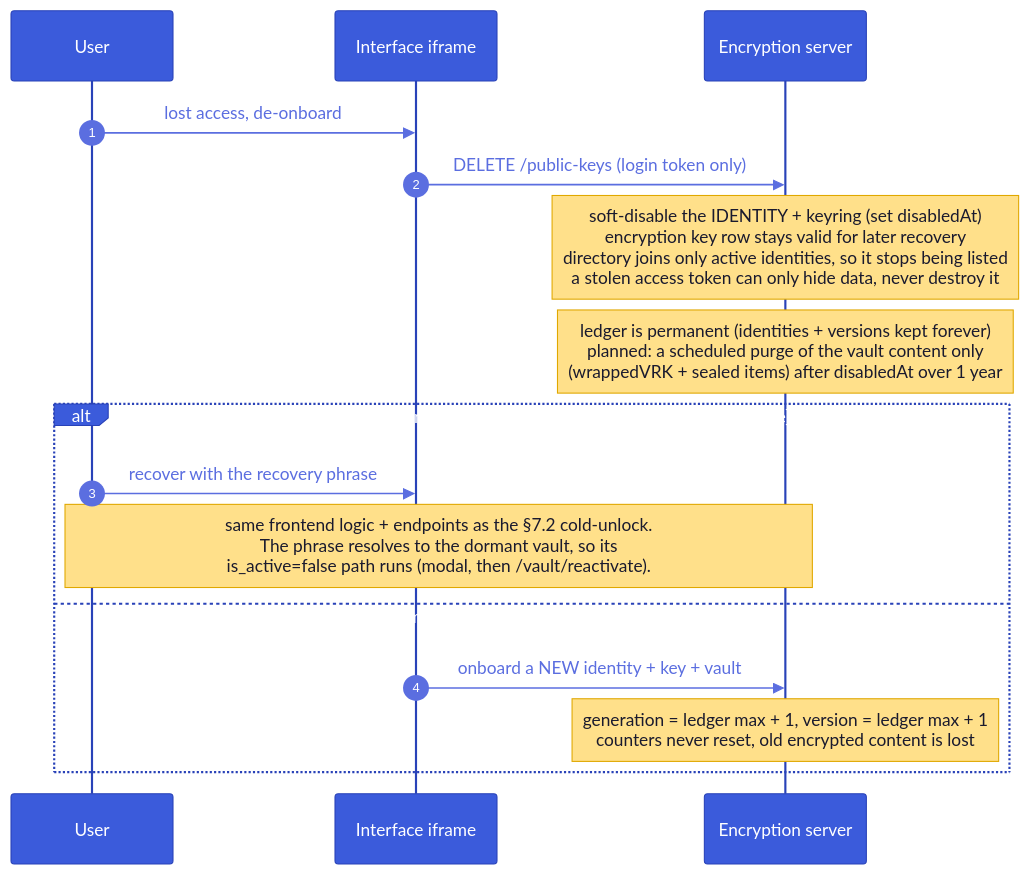
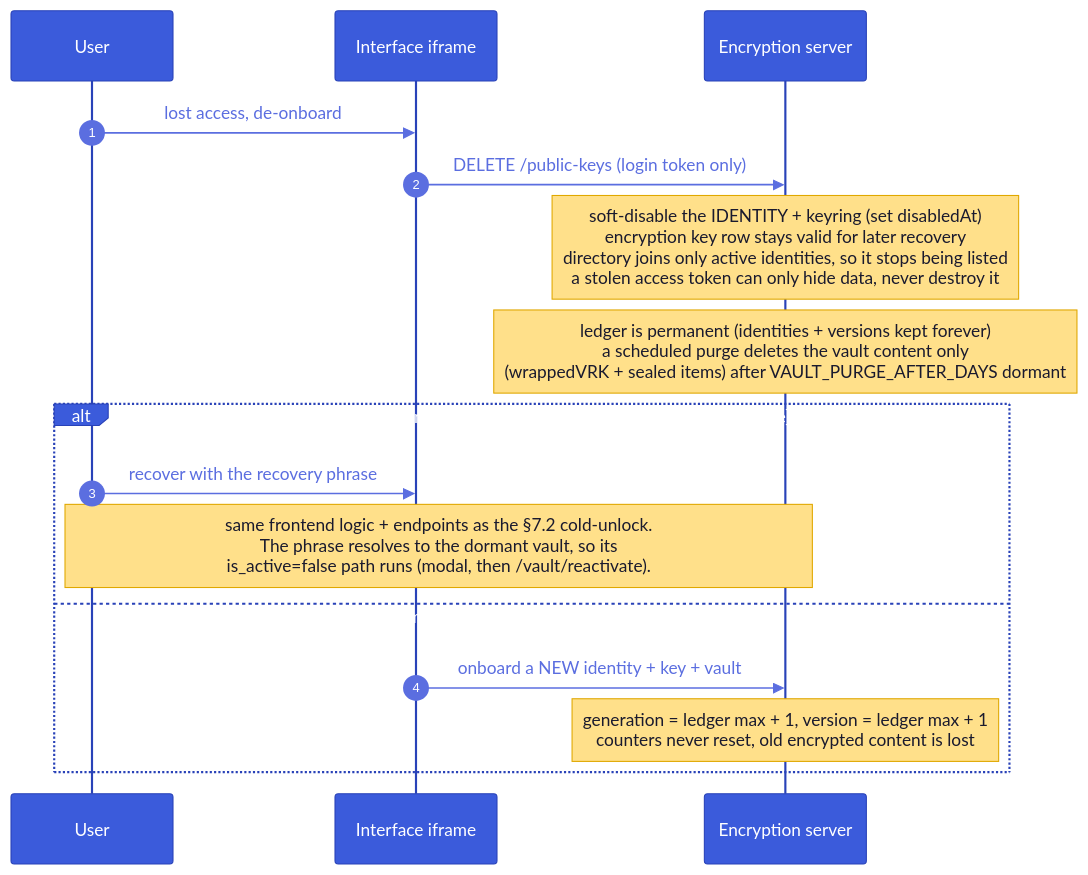
Before and after one commit to suitenumerique/encryption: diagram 19 of 24 in architecture.md, drawn with Mermaid. The commit also changed other lines of this file and 28 other files, not shown here.

Commit message:
feat(vault): purge dormant vaults after a configurable retention

````diff
--- a/architecture.md
+++ b/architecture.md
@@ -1277,19 +1277,19 @@
 ```mermaid
 %%{init: {'theme':'base','look':'classic','themeVariables':{'actorBkg':'#3b5bdb','actorTextColor':'#fff','actorBorder':'#2942b8','signalColor':'#5b6ee0','signalTextColor':'#5b6ee0','noteBkgColor':'#ffe08a','noteTextColor':'#1a1a2e','noteBorderColor':'#e0a800','sequenceNumberColor':'#fff'}}}%%
 sequenceDiagram
   autonumber
   participant U as User
   participant V as Interface iframe
   participant API as Encryption server
   U->>V: lost access, de-onboard
   V->>API: DELETE /public-keys (login token only)
   Note over API: soft-disable the IDENTITY + keyring (set disabledAt)<br/>encryption key row stays valid for later recovery<br/>directory joins only active identities, so it stops being listed<br/>a stolen access token can only hide data, never destroy it
-  Note over API: ledger is permanent (identities + versions kept forever)<br/>planned: a scheduled purge of the vault content only<br/>(wrappedVRK + sealed items) after disabledAt over 1 year
+  Note over API: ledger is permanent (identities + versions kept forever)<br/>a scheduled purge deletes the vault content only<br/>(wrappedVRK + sealed items) after VAULT_PURGE_AFTER_DAYS dormant
   alt within retention window, user re-enters the recovery phrase
     U->>V: recover with the recovery phrase
     Note over U,API: same frontend logic + endpoints as the §7.2 cold-unlock.<br/>The phrase resolves to the dormant vault, so its<br/>is_active=false path runs (modal, then /vault/reactivate).
   else phrase matches nothing or vault already purged
     V->>API: onboard a NEW identity + key + vault
     Note over API: generation = ledger max + 1, version = ledger max + 1<br/>counters never reset, old encrypted content is lost
   end
 ```
````
